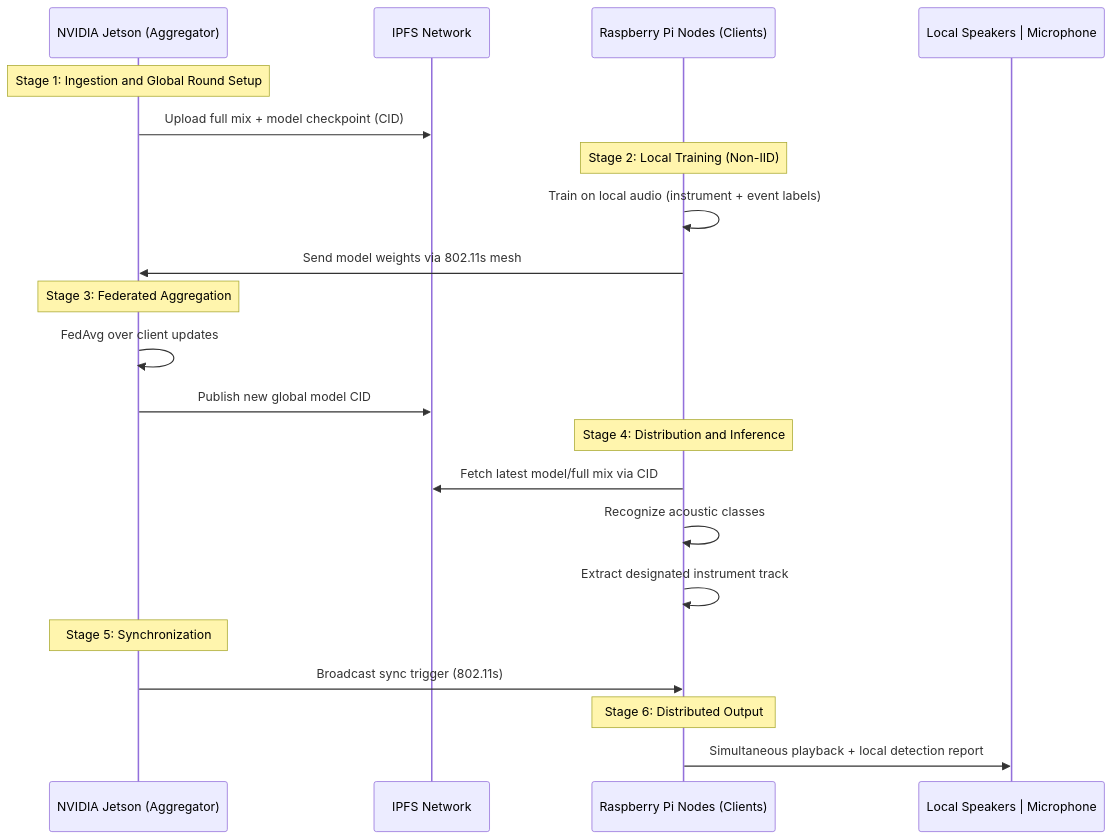
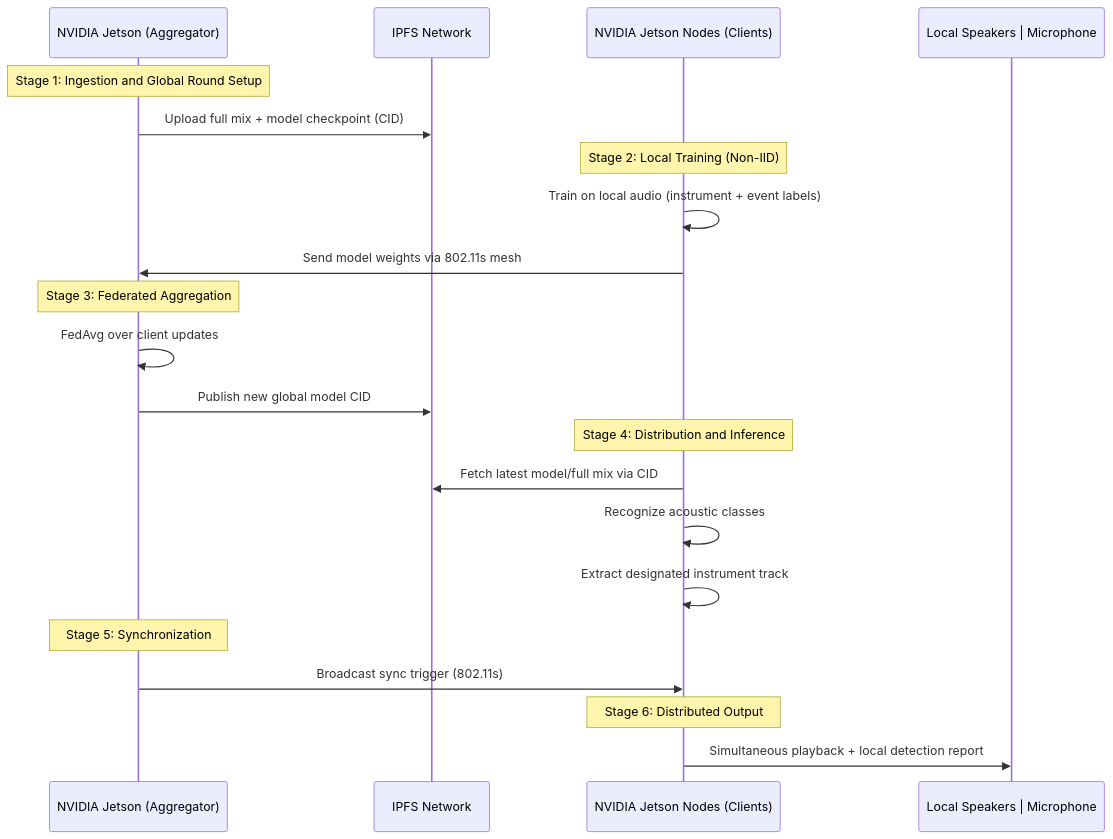
The second of 2 diagrams in MobFedLS/docs/flaps/rsa-proj-flaps.md (RubenCGomes/RSA_FLAPS), drawn with Mermaid before and after one commit. The commit also changed other lines of this file and 36 other files, not shown here.

````diff
--- a/MobFedLS/docs/flaps/rsa-proj-flaps.md
+++ b/MobFedLS/docs/flaps/rsa-proj-flaps.md
@@ -81,29 +80,29 @@
 ```mermaid
 sequenceDiagram
     participant J as NVIDIA Jetson (Aggregator)
     participant I as IPFS Network
-    participant P as Raspberry Pi Nodes (Clients)
+    participant P as NVIDIA Jetson Nodes (Clients)
     participant S as Local Speakers | Microphone
 
     Note over J: Stage 1: Ingestion and Global Round Setup
     J->>I: Upload full mix + model checkpoint (CID)
     
     Note over P: Stage 2: Local Training (Non-IID)
     P->>P: Train on local audio (instrument + event labels)
     P->>J: Send model weights via 802.11s mesh
     
     Note over J: Stage 3: Federated Aggregation
     J->>J: FedAvg over client updates
     J->>I: Publish new global model CID
     
     Note over P: Stage 4: Distribution and Inference
     P->>I: Fetch latest model/full mix via CID
     P->>P: Recognize acoustic classes
     P->>P: Extract designated instrument track
     
     Note over J: Stage 5: Synchronization
     J->>P: Broadcast sync trigger (802.11s)
 
     Note over P: Stage 6: Distributed Output
     P->>S: Simultaneous playback + local detection report
 ```
````
